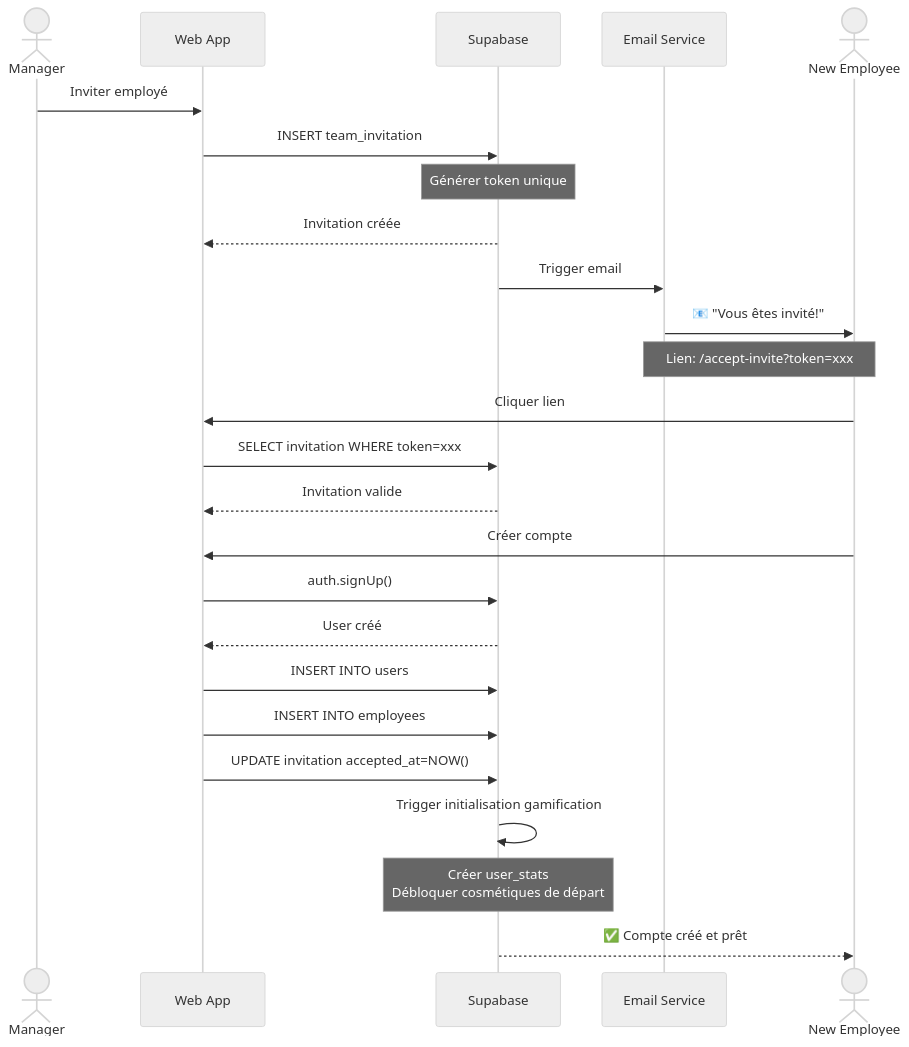
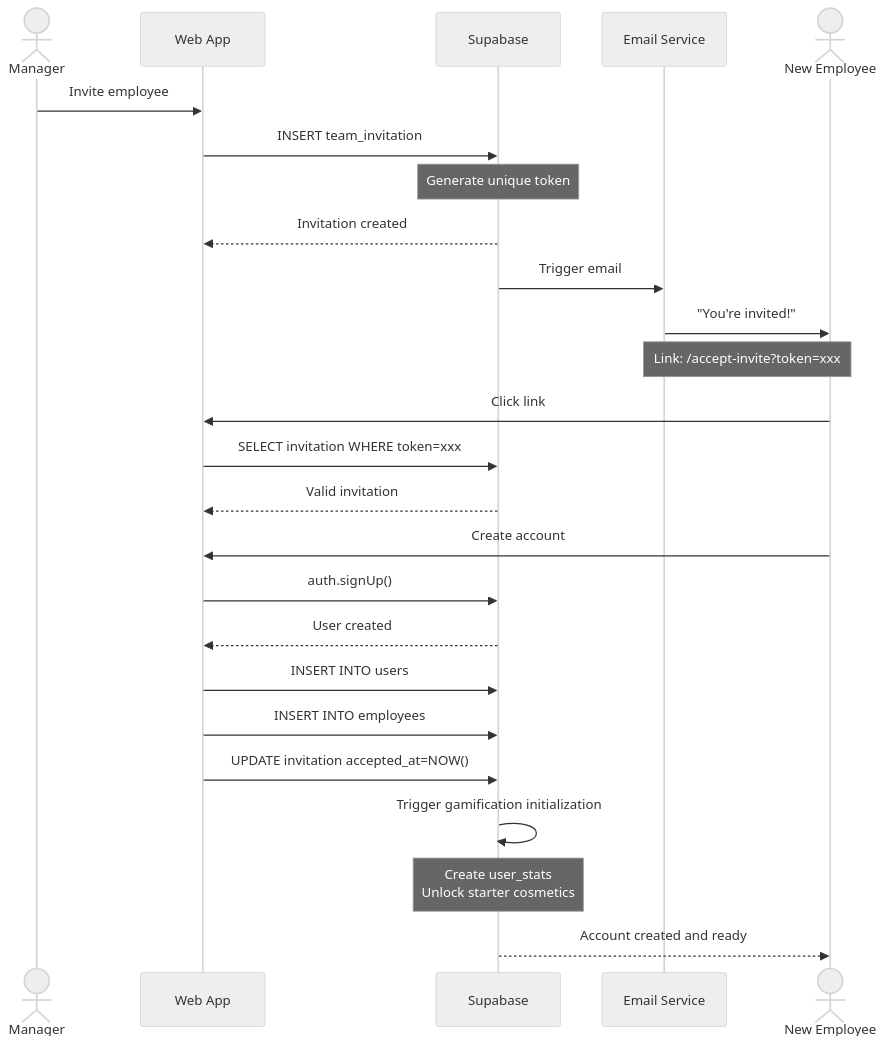
The fourth of 8 diagrams in USER_FLOWS.md (shiftexpress01/public), drawn with Mermaid (neutral theme) before and after one commit. The commit also changed other lines of this file, not shown here.

````diff
--- a/USER_FLOWS.md
+++ b/USER_FLOWS.md
@@ -128,34 +128,34 @@
 ```mermaid
 sequenceDiagram
     actor M as Manager
     participant W as Web App
     participant S as Supabase
     participant E as Email Service
     actor N as New Employee
 
-    M->>W: Inviter employé
+    M->>W: Invite employee
     W->>S: INSERT team_invitation
-    Note over S: Générer token unique
-    S-->>W: Invitation créée
+    Note over S: Generate unique token
+    S-->>W: Invitation created
 
     S->>E: Trigger email
-    E->>N: 📧 "Vous êtes invité!"
-    Note over E,N: Lien: /accept-invite?token=xxx
+    E->>N: "You're invited!"
+    Note over E,N: Link: /accept-invite?token=xxx
 
-    N->>W: Cliquer lien
+    N->>W: Click link
     W->>S: SELECT invitation WHERE token=xxx
-    S-->>W: Invitation valide
+    S-->>W: Valid invitation
 
-    N->>W: Créer compte
+    N->>W: Create account
     W->>S: auth.signUp()
-    S-->>W: User créé
+    S-->>W: User created
 
     W->>S: INSERT INTO users
     W->>S: INSERT INTO employees
     W->>S: UPDATE invitation accepted_at=NOW()
 
-    S->>S: Trigger initialisation gamification
-    Note over S: Créer user_stats<br/>Débloquer cosmétiques de départ
+    S->>S: Trigger gamification initialization
+    Note over S: Create user_stats<br/>Unlock starter cosmetics
 
-    S-->>N: ✅ Compte créé et prêt
+    S-->>N: Account created and ready
 ```
````
